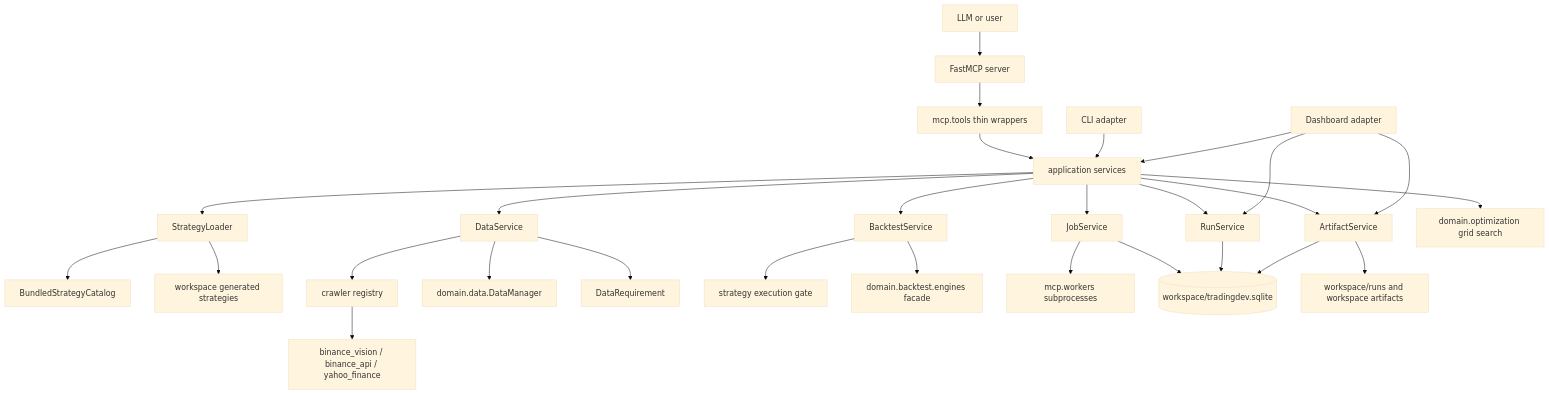
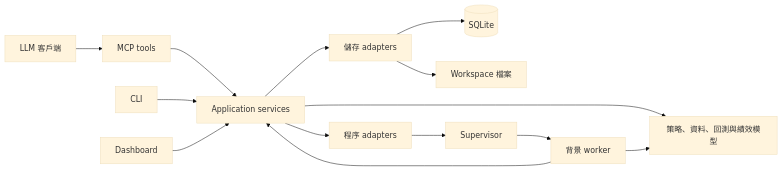
Before and after one commit to Kuan-Lun/tradingdev: the first of 4 diagrams in ARCHITECTURE.md, drawn with Mermaid (base theme). The commit also changed other lines of this file and 1 other file, not shown here.

Commit message:
docs: reorganize architecture around execution responsibilities

````diff
--- a/ARCHITECTURE.md
+++ b/ARCHITECTURE.md
@@ -62,32 +24,16 @@
 ```mermaid
-flowchart TB
-    user[LLM or user] --> mcp[FastMCP server]
-    mcp --> tools[mcp.tools thin wrappers]
-    tools --> app[application services]
-    cli[CLI adapter] --> app
-    dashboard[Dashboard adapter] --> app
-
-    app --> loader[StrategyLoader]
-    app --> data[DataService]
-    app --> backtest[BacktestService]
-    app --> jobs[JobService]
-    app --> runs[RunService]
-    app --> artifacts[ArtifactService]
-
-    loader --> catalog[BundledStrategyCatalog]
-    loader --> generated[workspace generated strategies]
-    data --> registry[crawler registry]
-    registry --> crawlers[binance_vision / binance_api / yahoo_finance]
-    data --> manager[domain.data.DataManager]
-    data --> requirements[DataRequirement]
-    backtest --> gate[strategy execution gate]
-    backtest --> engines[domain.backtest.engines facade]
-    app --> optimization[domain.optimization grid search]
-    jobs --> workers[mcp.workers subprocesses]
-    jobs --> sqlite[(workspace/tradingdev.sqlite)]
-    runs --> sqlite
-    artifacts --> sqlite
-    artifacts --> files[workspace/runs and workspace artifacts]
-    dashboard --> runs
-    dashboard --> artifacts
+flowchart LR
+    client[LLM 客戶端] --> mcp[MCP tools]
+    mcp --> app[Application services]
+    cli[CLI] --> app
+    dashboard[Dashboard] --> app
+    app --> domain[策略、資料、回測與績效模型]
+    app --> storage[儲存 adapters]
+    app --> process[程序 adapters]
+    storage --> sqlite[(SQLite)]
+    storage --> files[Workspace 檔案]
+    process --> supervisor[Supervisor]
+    supervisor --> worker[背景 worker]
+    worker --> app
+    worker --> domain
 ```
````
